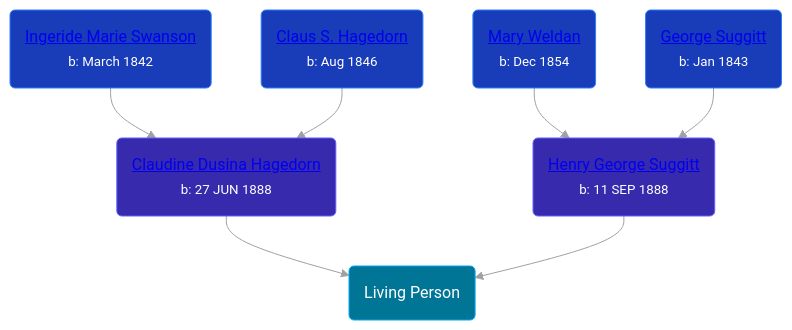
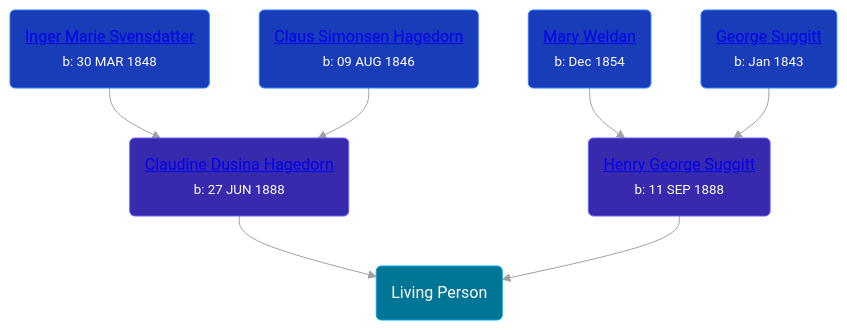
One commit to wpmgotkh/wpmgotkh.github.io changed the diagram in pages/people/4/4805871.md. Above: the diagram before and after it, drawn with Mermaid. The commit also changed 213 other files, not shown here.

````diff
--- a/pages/people/4/4805871.md
+++ b/pages/people/4/4805871.md
@@ -10,14 +10,14 @@
 ```mermaid
 graph
 classDef grands fill:#193cb8,stroke:#2b7fff,stroke-width:1px,color:#fff;
 classDef parents fill:#372aac,stroke:#615fff,stroke-width:1px,color:#fff;
 classDef primary fill:#007595,stroke:#00a6f4,stroke-width:1px,color:#fff;
 4805871(Living Person):::primary
 21896640(<a class="text-white" href="/people/2/21896640">Claudine Dusina Hagedorn</a><br /><small>b: 27 JUN 1888</small>):::parents-->4805871
-41786466(<a class="text-white" href="/people/4/41786466">Ingeride Marie Swanson</a><br /><small>b: March 1842</small>):::grands-->21896640
-89695136(<a class="text-white" href="/people/8/89695136">Claus S. Hagedorn</a><br /><small>b: Aug 1846</small>):::grands-->21896640
+41786466(<a class="text-white" href="/people/4/41786466">Inger Marie Svensdatter</a><br /><small>b: 30 MAR 1848</small>):::grands-->21896640
+89695136(<a class="text-white" href="/people/8/89695136">Claus Simonsen Hagedorn</a><br /><small>b: 09 AUG 1846</small>):::grands-->21896640
 7271894(<a class="text-white" href="/people/7/7271894">Henry George Suggitt</a><br /><small>b: 11 SEP 1888</small>):::parents-->4805871
 18538354(<a class="text-white" href="/people/1/18538354">Mary Weldan</a><br /><small>b: Dec 1854</small>):::grands-->7271894
 48171276(<a class="text-white" href="/people/4/48171276">George Suggitt</a><br /><small>b: Jan 1843</small>):::grands-->7271894
 linkStyle default stroke:#a1a1a1
 ```
````
